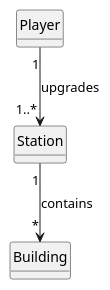
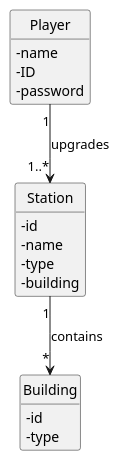
Before and after one commit to ivasduarte/all-aboard: the diagram in docs/sprint1/us006/02.analysis/puml/us006-domain-model.puml, drawn with PlantUML.

Commit message:
US006: Specification

```diff
--- a/docs/sprint1/us006/02.analysis/puml/us006-domain-model.puml
+++ b/docs/sprint1/us006/02.analysis/puml/us006-domain-model.puml
@@ -1,26 +1,32 @@
 @startuml
 skinparam monochrome true
 skinparam packageStyle rectangle
 skinparam shadowing false
 
 skinparam classAttributeIconSize 0
 
 hide circle
 hide methods
 
 class Player {
-
+    - name
+    - ID
+    - password
 }
 
 class Station {
-
+    - id
+    - name
+    - type
+    - building
 }
 
 class Building {
-
+    - id
+    - type
 }
 
 Player "1" --> "1..*" Station : upgrades
 Station "1" --> "*" Building : contains
 
 @enduml
```
